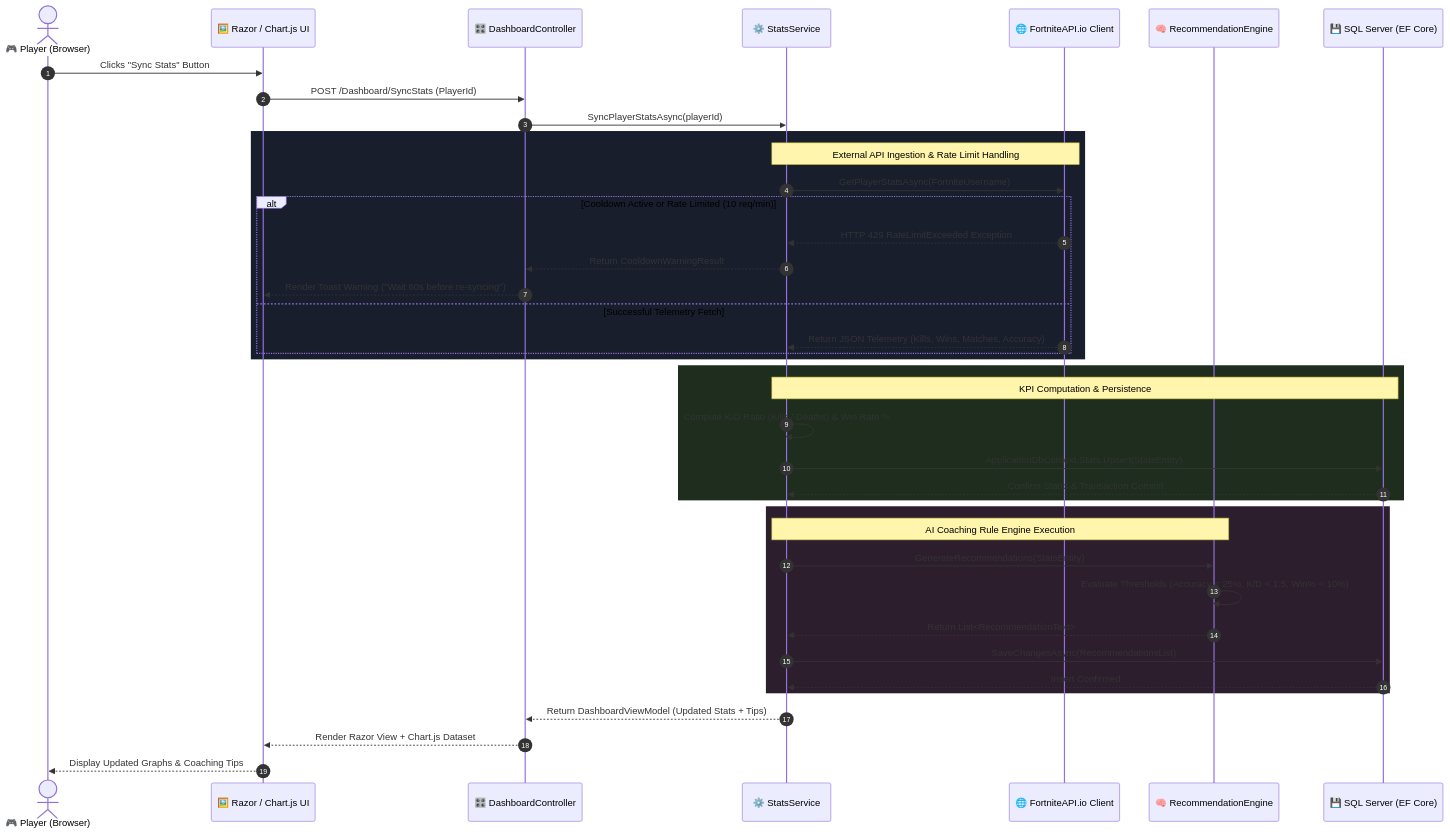
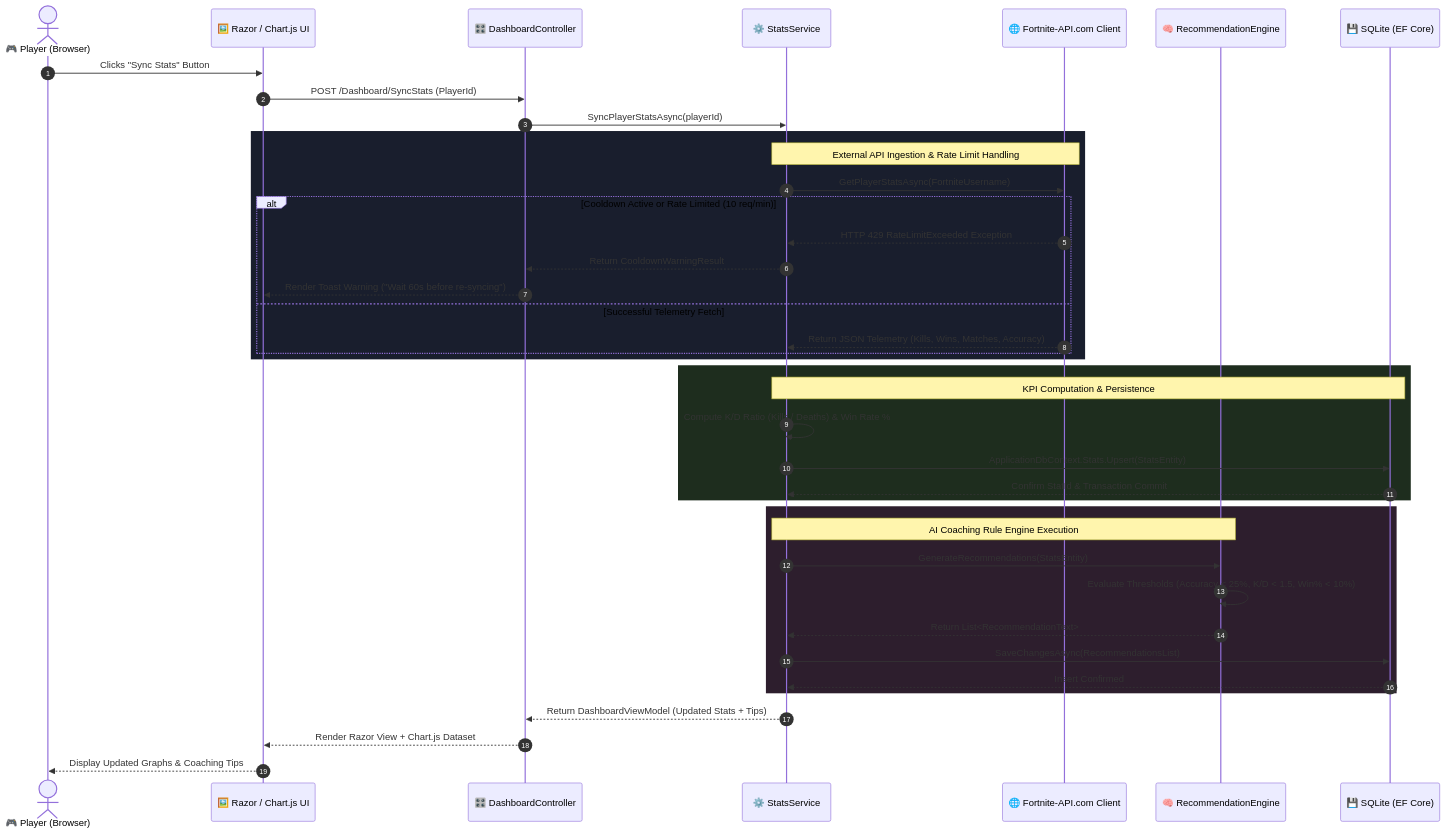
One commit to RaunakSachdeva2004/Fortnite-Performance-Dashboard changed the first of 5 diagrams in README.md. Above: the diagram before and after it, drawn with Mermaid. The commit also changed other lines of this file and 40 other files, not shown here.

Commit message:
Migrate to SQLite, fix Stats history schema, switch to Fortnite-API.com

````diff
--- a/README.md
+++ b/README.md
@@ -96,47 +96,47 @@
 ```mermaid
 sequenceDiagram
     autonumber
     actor Player as 🎮 Player (Browser)
     participant View as 🖼️ Razor / Chart.js UI
     participant Ctrl as 🎛️ DashboardController
     participant Service as ⚙️ StatsService
-    participant API as 🌐 FortniteAPI.io Client
+    participant API as 🌐 Fortnite-API.com Client
     participant Engine as 🧠 RecommendationEngine
-    participant DB as 💾 SQL Server (EF Core)
+    participant DB as 💾 SQLite (EF Core)
 
     Player->>View: Clicks "Sync Stats" Button
     View->>Ctrl: POST /Dashboard/SyncStats (PlayerId)
     Ctrl->>Service: SyncPlayerStatsAsync(playerId)
     
     rect rgb(25, 30, 45)
         Note over Service, API: External API Ingestion & Rate Limit Handling
         Service->>API: GetPlayerStatsAsync(FortniteUsername)
         alt Cooldown Active or Rate Limited (10 req/min)
             API-->>Service: HTTP 429 RateLimitExceeded Exception
             Service-->>Ctrl: Return CooldownWarningResult
             Ctrl-->>View: Render Toast Warning ("Wait 60s before re-syncing")
         else Successful Telemetry Fetch
             API-->>Service: Return JSON Telemetry (Kills, Wins, Matches, Accuracy)
         end
     end
 
     rect rgb(30, 45, 30)
         Note over Service, DB: KPI Computation & Persistence
         Service->>Service: Compute K/D Ratio (Kills / Deaths) & Win Rate %
         Service->>DB: ApplicationDbContext.Stats.Upsert(StatsEntity)
         DB-->>Service: Confirm StatId & Transaction Commit
     end
 
     rect rgb(45, 30, 45)
         Note over Service, Engine: AI Coaching Rule Engine Execution
         Service->>Engine: GenerateRecommendations(StatsEntity)
         Engine->>Engine: Evaluate Thresholds (Accuracy < 25%, K/D < 1.5, Win% < 10%)
         Engine-->>Service: Return List<RecommendationText>
         Service->>DB: SaveChangesAsync(RecommendationsList)
         DB-->>Service: Insert Confirmed
     end
 
     Service-->>Ctrl: Return DashboardViewModel (Updated Stats + Tips)
     Ctrl-->>View: Render Razor View + Chart.js Dataset
     View-->>Player: Display Updated Graphs & Coaching Tips
 ```
````
